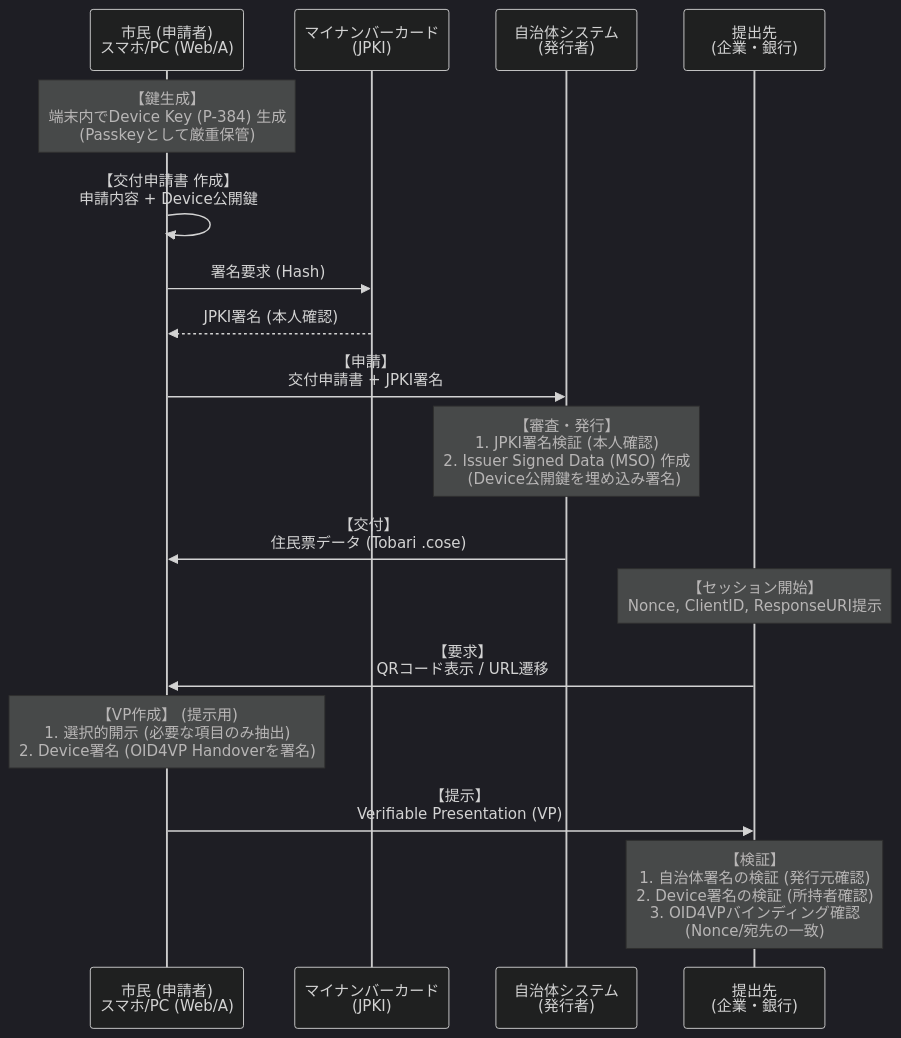
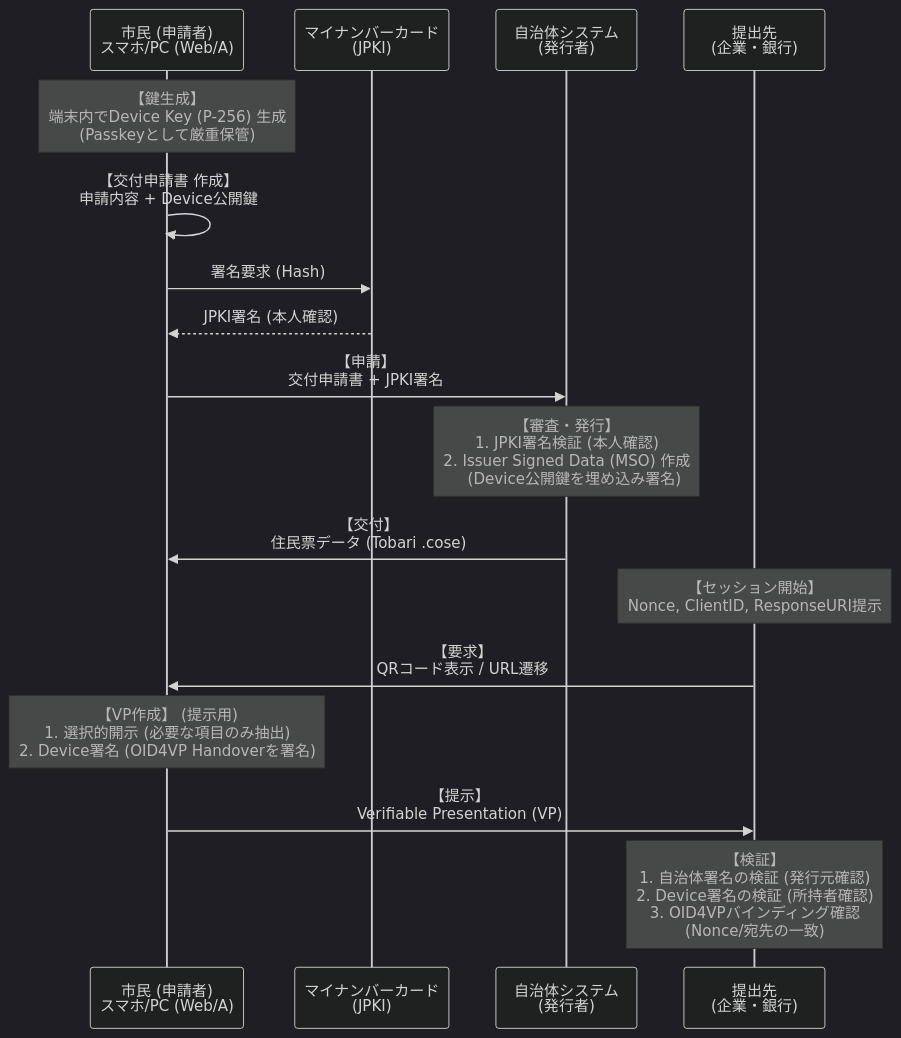
One commit to masanork/tobari changed the diagram in docs/juminhyo_poc_proposal.md. Above: the diagram before and after it, drawn with Mermaid (dark theme). The commit also changed other lines of this file, not shown here.

Commit message:
docs: update cryptographic parameters in proposal (Device Key: P-256)

````diff
--- a/docs/juminhyo_poc_proposal.md
+++ b/docs/juminhyo_poc_proposal.md
@@ -189,29 +189,29 @@
 ```mermaid
 sequenceDiagram
     participant Holder as 市民 (申請者)<br/>スマホ/PC (Web/A)
     participant JPKI as マイナンバーカード<br/>(JPKI)
     participant Issuer as 自治体システム<br/>(発行者)
     participant Verifier as 提出先<br/>(企業・銀行)
 
-    Note over Holder: 【鍵生成】<br/>端末内でDevice Key (P-384) 生成<br/>(Passkeyとして厳重保管)
+    Note over Holder: 【鍵生成】<br/>端末内でDevice Key (P-256) 生成<br/>(Passkeyとして厳重保管)
 
     Holder->>Holder: 【交付申請書 作成】<br/>申請内容 + Device公開鍵
     Holder->>JPKI: 署名要求 (Hash)
     JPKI-->>Holder: JPKI署名 (本人確認)
 
     Holder->>Issuer: 【申請】 <br/>交付申請書 + JPKI署名
 
     Note over Issuer: 【審査・発行】<br/>1. JPKI署名検証 (本人確認)<br/>2. Issuer Signed Data (MSO) 作成<br/>　(Device公開鍵を埋め込み署名)
 
     Issuer->>Holder: 【交付】<br/>住民票データ (Tobari .cose)
 
     Note over Verifier: 【セッション開始】<br/>Nonce, ClientID, ResponseURI提示
     
     Verifier->>Holder: 【要求】<br/>QRコード表示 / URL遷移
 
     Note over Holder: 【VP作成】 (提示用)<br/>1. 選択的開示 (必要な項目のみ抽出)<br/>2. Device署名 (OID4VP Handoverを署名)
 
     Holder->>Verifier: 【提示】<br/>Verifiable Presentation (VP)
 
     Note over Verifier: 【検証】<br/>1. 自治体署名の検証 (発行元確認)<br/>2. Device署名の検証 (所持者確認)<br/>3. OID4VPバインディング確認<br/>(Nonce/宛先の一致)
 ```
````
